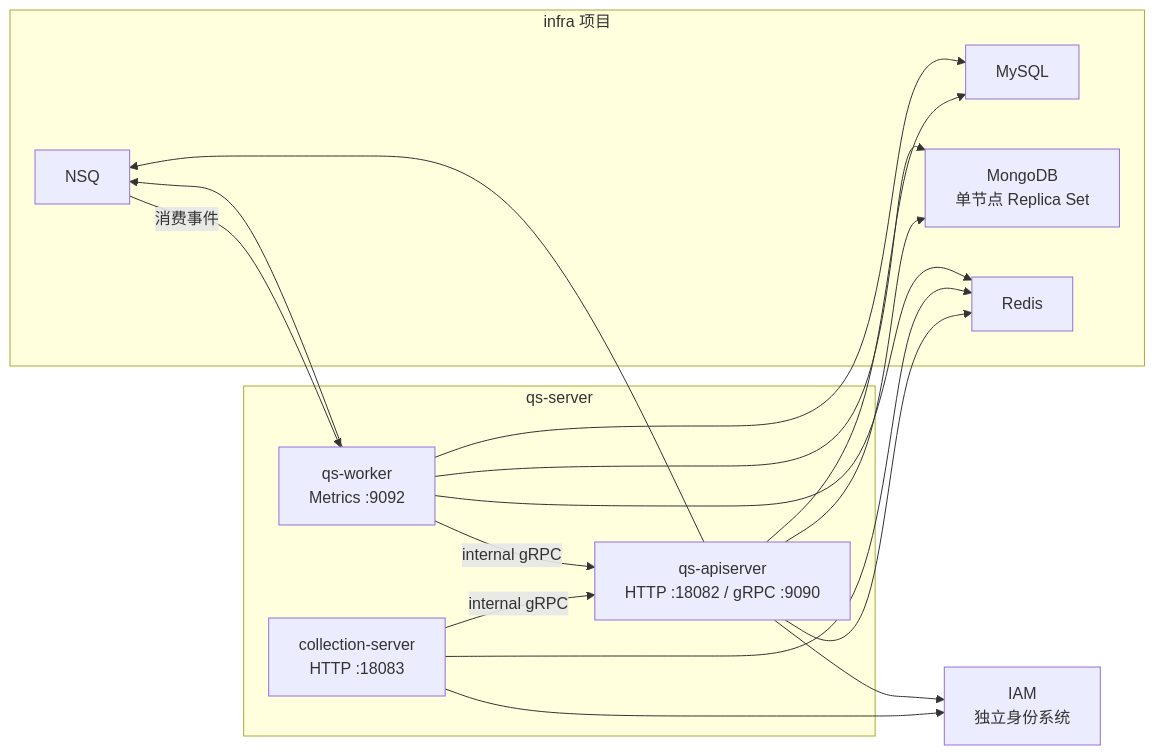
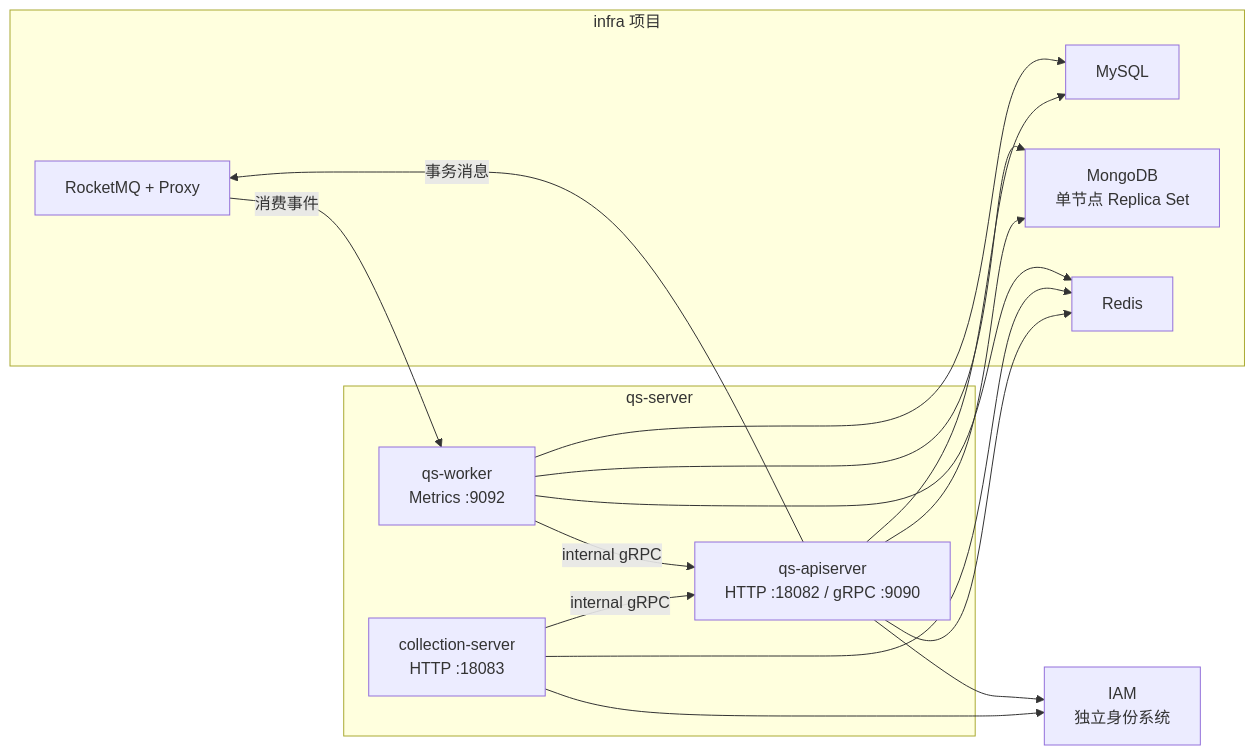
Before and after one commit to FangcunMount/qs-server: the diagram in docs/00-总览/06-本地开发与配置约定.md, drawn with Mermaid. The commit also changed other lines of this file and 4 other files, not shown here.

````diff
--- a/docs/00-总览/06-本地开发与配置约定.md
+++ b/docs/00-总览/06-本地开发与配置约定.md
@@ -35,34 +35,33 @@
 ```mermaid
 flowchart LR
     subgraph Infra["infra 项目"]
         MySQL["MySQL"]
         Mongo["MongoDB<br/>单节点 Replica Set"]
         Redis["Redis"]
-        NSQ["NSQ"]
+        Broker["RocketMQ + Proxy"]
     end
 
     IAM["IAM<br/>独立身份系统"]
 
     subgraph QS["qs-server"]
         Collection["collection-server<br/>HTTP :18083"]
         API["qs-apiserver<br/>HTTP :18082 / gRPC :9090"]
         Worker["qs-worker<br/>Metrics :9092"]
     end
 
     Collection -->|"internal gRPC"| API
-    NSQ -->|"消费事件"| Worker
+    Broker -->|"消费事件"| Worker
     Worker -->|"internal gRPC"| API
 
     API --> MySQL
     API --> Mongo
     API --> Redis
-    API --> NSQ
+    API -->|"事务消息"| Broker
     Collection --> Redis
     Worker --> MySQL
     Worker --> Mongo
     Worker --> Redis
-    Worker --> NSQ
 
     Collection --> IAM
     API --> IAM
 ```
````
